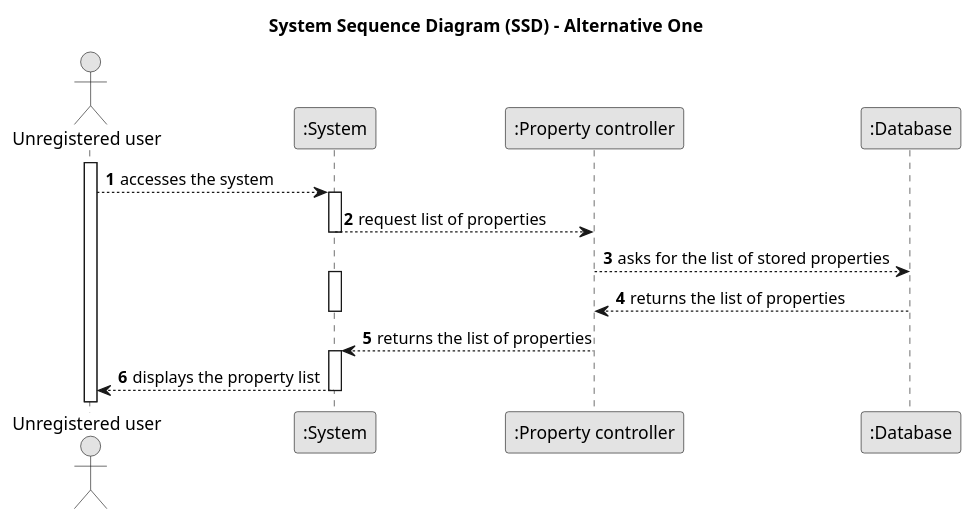
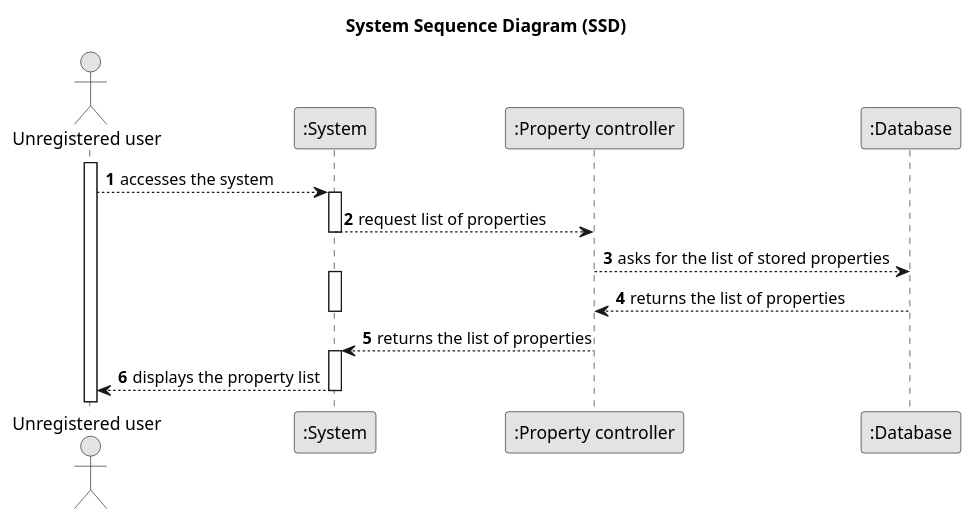
The diagram in docs/sprintA/us001/01.requirements-engineering/puml/us001-system-sequence-diagram-alternative-one.puml (Rodrick0209/ISEP-LAPR2-22-23), drawn with PlantUML before and after one commit.

Commit message:
[US03] - requirements engineering done

```diff
--- a/docs/sprintA/us001/01.requirements-engineering/puml/us001-system-sequence-diagram-alternative-one.puml
+++ b/docs/sprintA/us001/01.requirements-engineering/puml/us001-system-sequence-diagram-alternative-one.puml
@@ -1,35 +1,35 @@
 @startuml
 skinparam monochrome true
 skinparam packageStyle rectangle
 skinparam shadowing false
 
-title System Sequence Diagram (SSD) - Alternative One
+title System Sequence Diagram (SSD)
 
 autonumber
 
 actor "Unregistered user" as user
 participant ":System" as System
 participant ":Property controller" as controller
 participant ":Database" as database
 
 activate user
 
     user --> System : accesses the system
     activate System
 
         System --> controller : request list of properties
     deactivate System
 
     controller --> database : asks for the list of stored properties
     activate System
 
         database --> controller : returns the list of properties
     deactivate System
 
     controller --> System : returns the list of properties
     activate System
 
         System --> user : displays the property list
     deactivate System
 
 @enduml
```
